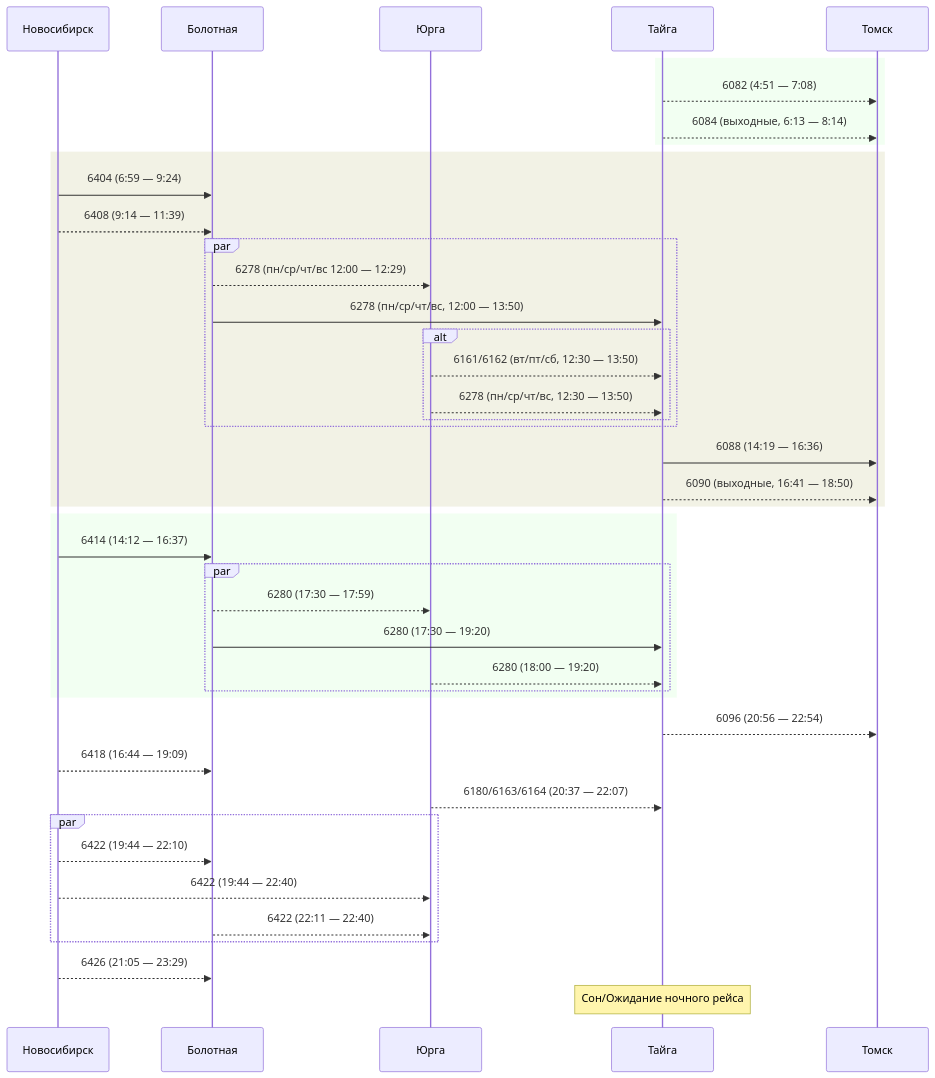
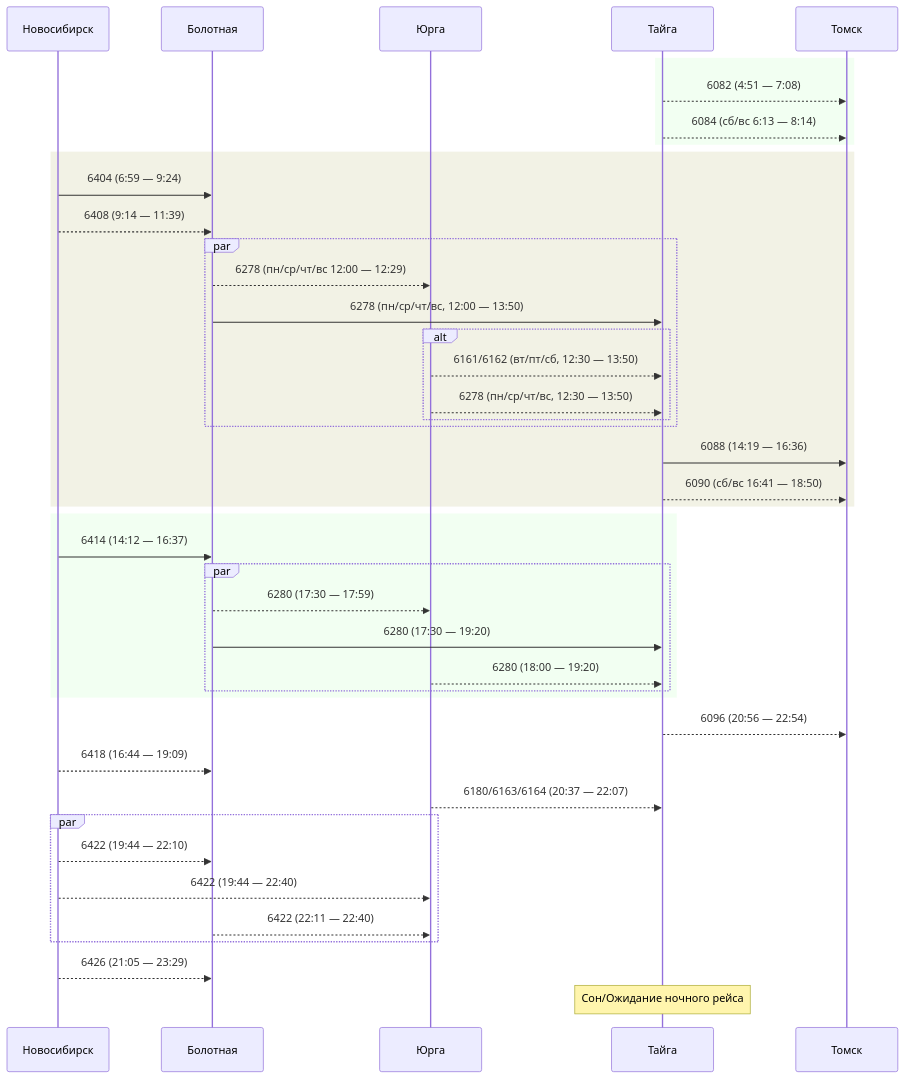
Before and after one commit to u0feff/Pezda: the third of 14 diagrams in README.md, drawn with Mermaid. The commit also changed other lines of this file, not shown here.

````diff
--- a/README.md
+++ b/README.md
@@ -98,53 +98,53 @@
 ```mermaid
 sequenceDiagram
     participant Новосибирск
     participant Болотная
     participant Юрга
     participant Тайга
     participant Томск
 
     rect rgba(0, 255, 0, 0.05)
     Тайга-->>Томск: 6082 (4:51 — 7:08)
 
-    Тайга-->>Томск: 6084 (выходные, 6:13 — 8:14)
+    Тайга-->>Томск: 6084 (сб/вс 6:13 — 8:14)
     end
 
     rect rgba(127, 127, 0, 0.1)
     Новосибирск->>Болотная: 6404 (6:59 — 9:24)
     Новосибирск-->>Болотная: 6408 (9:14 — 11:39)
     par
     Болотная-->>Юрга: 6278 (пн/ср/чт/вс 12:00 — 12:29)
     Болотная->>Тайга: 6278 (пн/ср/чт/вс, 12:00 — 13:50)
     alt
     Юрга-->>Тайга: 6161/6162 (вт/пт/сб, 12:30 — 13:50)
     Юрга-->>Тайга: 6278 (пн/ср/чт/вс, 12:30 — 13:50)
     end
     end
     Тайга->>Томск: 6088 (14:19 — 16:36)
-    Тайга-->>Томск: 6090 (выходные, 16:41 — 18:50)
+    Тайга-->>Томск: 6090 (сб/вс 16:41 — 18:50)
     end
 
     rect rgba(0, 255, 0, 0.05)
     Новосибирск->>Болотная: 6414 (14:12 — 16:37)
     par
     Болотная-->>Юрга: 6280 (17:30 — 17:59)
     Болотная->>Тайга: 6280 (17:30 — 19:20)
     Юрга-->>Тайга: 6280 (18:00 — 19:20)
     end
     end
     Тайга-->>Томск: 6096 (20:56 — 22:54)
 
     Новосибирск-->>Болотная: 6418 (16:44 — 19:09)
 
     Юрга-->>Тайга: 6180/6163/6164 (20:37 — 22:07)
 
     par
     Новосибирск-->>Болотная: 6422 (19:44 — 22:10)
     Новосибирск-->>Юрга: 6422 (19:44 — 22:40)
     Болотная-->>Юрга: 6422 (22:11 — 22:40)
     end
 
     Новосибирск-->>Болотная: 6426 (21:05 — 23:29)
 
     Note over Тайга: Сон/Ожидание ночного рейса
 ```
````
